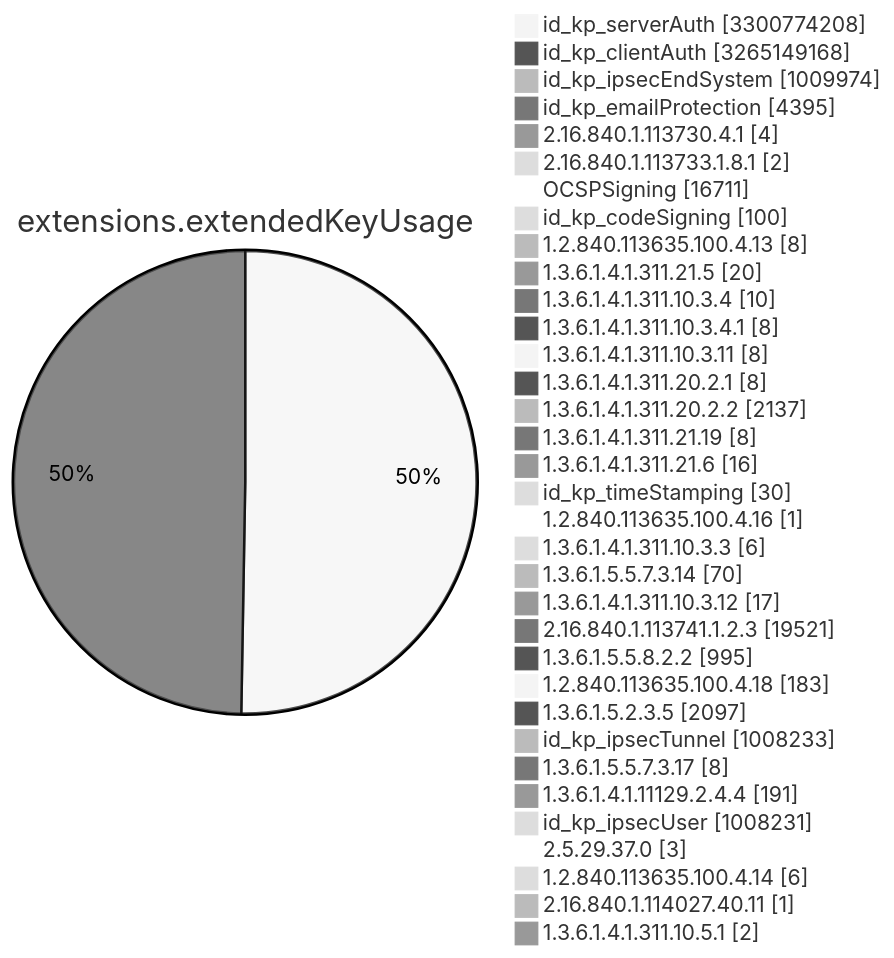
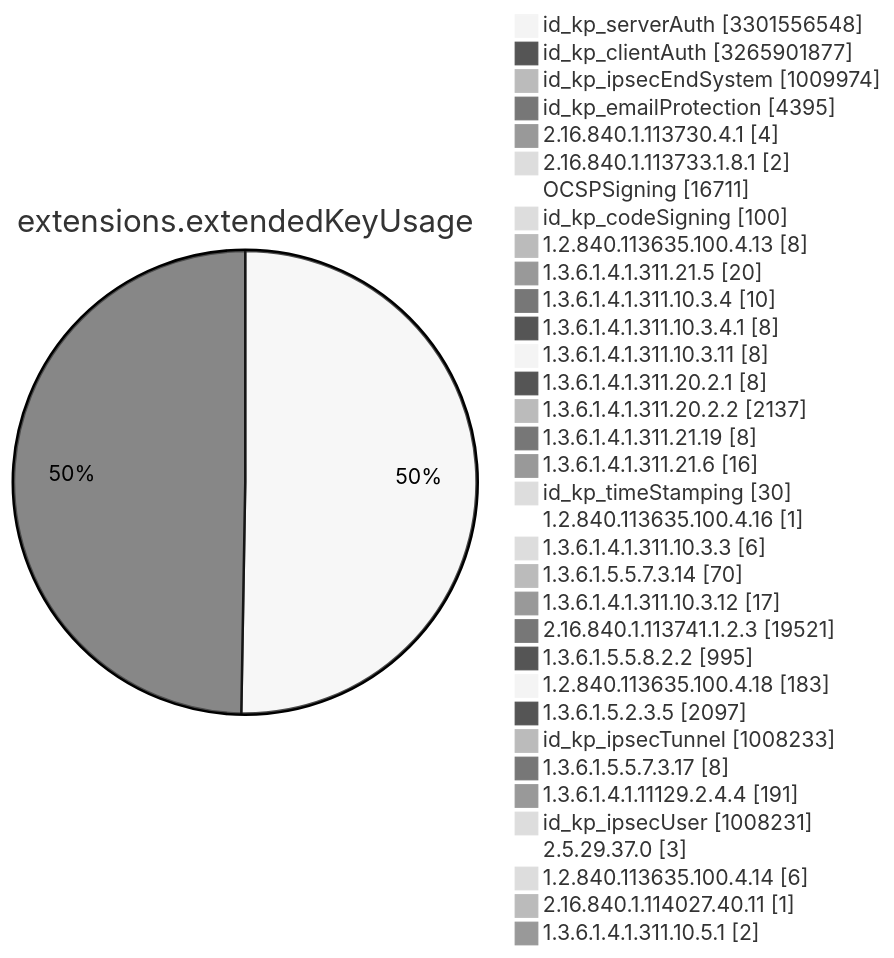
Diagram 11 of 15 in TOTAL/README.md (christiankrug/ctmonitor_visualization), drawn with Mermaid (neutral theme) before and after one commit. The commit also changed other lines of this file, not shown here.

````diff
--- a/TOTAL/README.md
+++ b/TOTAL/README.md
@@ -4120,38 +4120,38 @@
 ```mermaid
 pie showData
 title extensions.extendedKeyUsage
-"id_kp_serverAuth" :3300774208
-"id_kp_clientAuth" :3265149168
+"id_kp_serverAuth" :3301556548
+"id_kp_clientAuth" :3265901877
 "id_kp_ipsecEndSystem" :1009974
 "id_kp_emailProtection" :4395
 "2.16.840.1.113730.4.1" :4
 "2.16.840.1.113733.1.8.1" :2
 "OCSPSigning" :16711
 "id_kp_codeSigning" :100
 "1.2.840.113635.100.4.13" :8
 "1.3.6.1.4.1.311.21.5" :20
 "1.3.6.1.4.1.311.10.3.4" :10
 "1.3.6.1.4.1.311.10.3.4.1" :8
 "1.3.6.1.4.1.311.10.3.11" :8
 "1.3.6.1.4.1.311.20.2.1" :8
 "1.3.6.1.4.1.311.20.2.2" :2137
 "1.3.6.1.4.1.311.21.19" :8
 "1.3.6.1.4.1.311.21.6" :16
 "id_kp_timeStamping" :30
 "1.2.840.113635.100.4.16" :1
 "1.3.6.1.4.1.311.10.3.3" :6
 "1.3.6.1.5.5.7.3.14" :70
 "1.3.6.1.4.1.311.10.3.12" :17
 "2.16.840.1.113741.1.2.3" :19521
 "1.3.6.1.5.5.8.2.2" :995
 "1.2.840.113635.100.4.18" :183
 "1.3.6.1.5.2.3.5" :2097
 "id_kp_ipsecTunnel" :1008233
 "1.3.6.1.5.5.7.3.17" :8
 "1.3.6.1.4.1.11129.2.4.4" :191
 "id_kp_ipsecUser" :1008231
 "2.5.29.37.0" :3
 "1.2.840.113635.100.4.14" :6
 "2.16.840.1.114027.40.11" :1
 "1.3.6.1.4.1.311.10.5.1" :2
 ```
````
